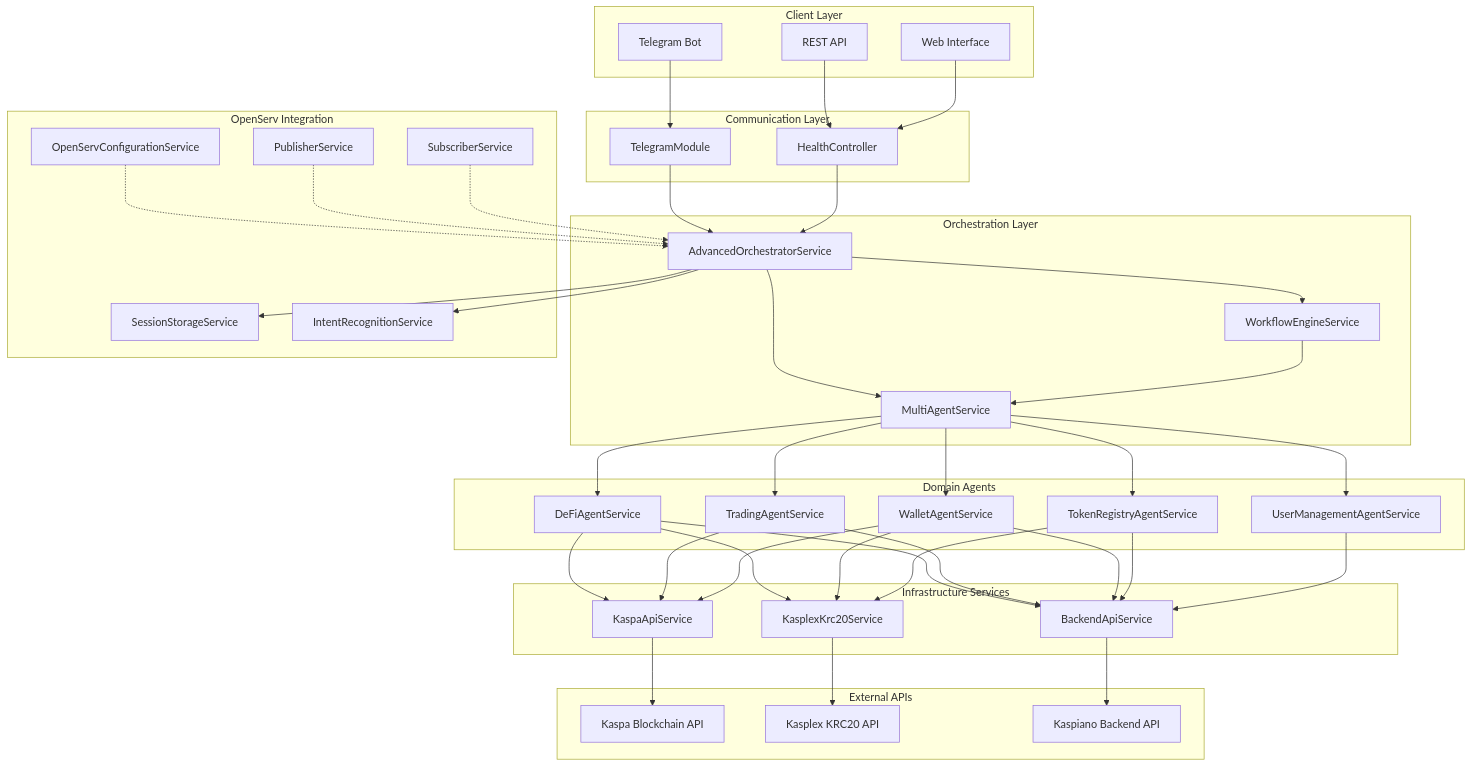
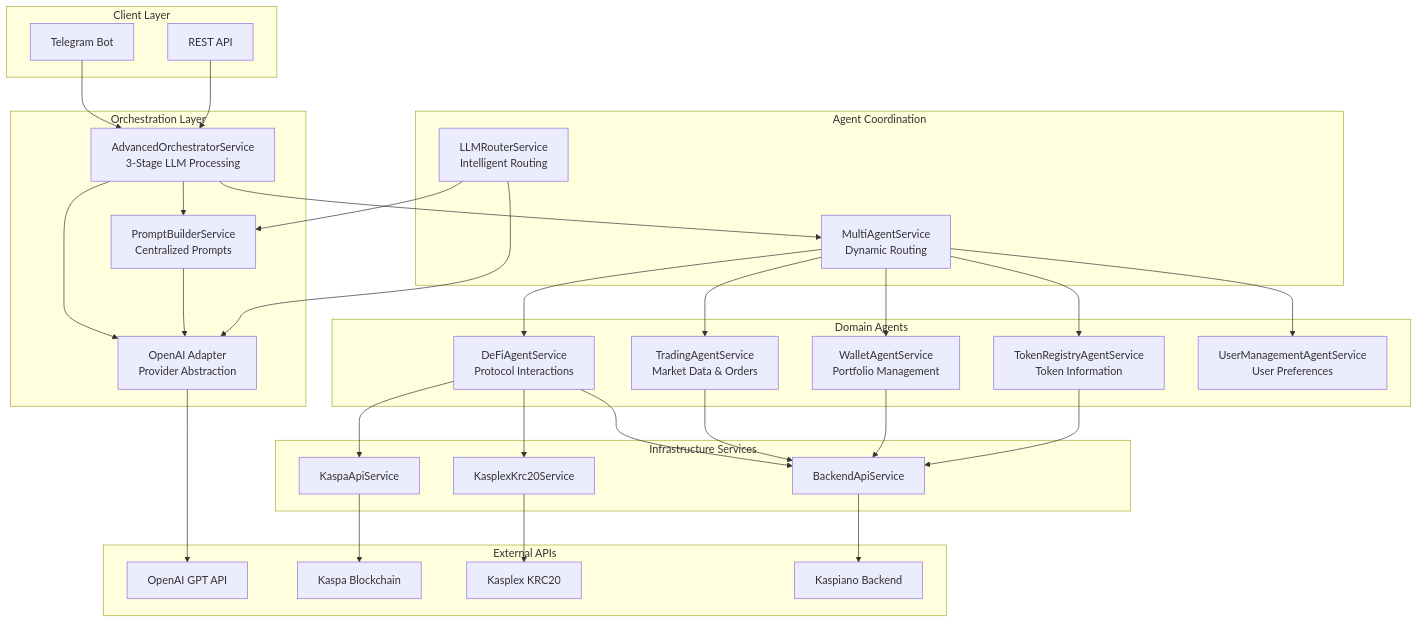
The first of 2 diagrams in README.md (KASPACOM/ai-agent), drawn with Mermaid before and after one commit. The commit also changed other lines of this file, not shown here.

````diff
--- a/README.md
+++ b/README.md
@@ -9,34 +19,25 @@
     subgraph "Client Layer"
         TG[Telegram Bot]
         API[REST API]
-        WEB[Web Interface]
-    end
-    
-    subgraph "Communication Layer"
-        TGM[TelegramModule]
-        HEALTH[HealthController]
     end
     
     subgraph "Orchestration Layer"
-        ORCH[AdvancedOrchestratorService]
-        MULTI[MultiAgentService]
-        WF[WorkflowEngineService]
+        ORCH[AdvancedOrchestratorService<br/>3-Stage LLM Processing]
+        PROMPT[PromptBuilderService<br/>Centralized Prompts]
+        LLM[OpenAI Adapter<br/>Provider Abstraction]
     end
     
-    subgraph "OpenServ Integration"
-        CONFIG[OpenServConfigurationService]
-        SESSION[SessionStorageService]
-        INTENT[IntentRecognitionService]
-        PUB[PublisherService]
-        SUB[SubscriberService]
+    subgraph "Agent Coordination"
+        MULTI[MultiAgentService<br/>Dynamic Routing]
+        ROUTER[LLMRouterService<br/>Intelligent Routing]
     end
     
     subgraph "Domain Agents"
-        DEFI[DeFiAgentService]
-        TRADE[TradingAgentService]
-        WALLET[WalletAgentService]
-        TOKEN[TokenRegistryAgentService]
-        USER[UserManagementAgentService]
+        DEFI[DeFiAgentService<br/>Protocol Interactions]
+        TRADE[TradingAgentService<br/>Market Data & Orders]
+        WALLET[WalletAgentService<br/>Portfolio Management]
+        TOKEN[TokenRegistryAgentService<br/>Token Information]
+        USER[UserManagementAgentService<br/>User Preferences]
     end
     
     subgraph "Infrastructure Services"
@@ -46,22 +47,24 @@
     end
     
     subgraph "External APIs"
-        KASPA_API[Kaspa Blockchain API]
-        KASPLEX_API[Kasplex KRC20 API]
-        BACKEND_API[Kaspiano Backend API]
+        OPENAI[OpenAI GPT API]
+        KASPA_API[Kaspa Blockchain]
+        KASPLEX_API[Kasplex KRC20]
+        BACKEND_API[Kaspiano Backend]
     end
     
-    TG --> TGM
-    API --> HEALTH
-    WEB --> HEALTH
+    TG --> ORCH
+    API --> ORCH
     
-    TGM --> ORCH
-    HEALTH --> ORCH
+    ORCH --> PROMPT
+    ORCH --> LLM
+    ORCH --> MULTI
     
-    ORCH --> MULTI
-    ORCH --> WF
-    ORCH --> SESSION
-    ORCH --> INTENT
+    PROMPT --> LLM
+    LLM --> OPENAI
+    
+    ROUTER --> PROMPT
+    ROUTER --> LLM
     
     MULTI --> DEFI
     MULTI --> TRADE
@@ -69,29 +72,15 @@
     MULTI --> TOKEN
     MULTI --> USER
     
-    WF --> MULTI
-    
     DEFI --> KASPA
     DEFI --> KASPLEX
     DEFI --> BACKEND
     
-    TRADE --> KASPA
     TRADE --> BACKEND
-    
-    WALLET --> KASPA
-    WALLET --> KASPLEX
     WALLET --> BACKEND
-    
-    TOKEN --> KASPLEX
     TOKEN --> BACKEND
-    
-    USER --> BACKEND
     
     KASPA --> KASPA_API
     KASPLEX --> KASPLEX_API
     BACKEND --> BACKEND_API
-    
-    CONFIG -.-> ORCH
-    PUB -.-> ORCH
-    SUB -.-> ORCH
 ```
````
